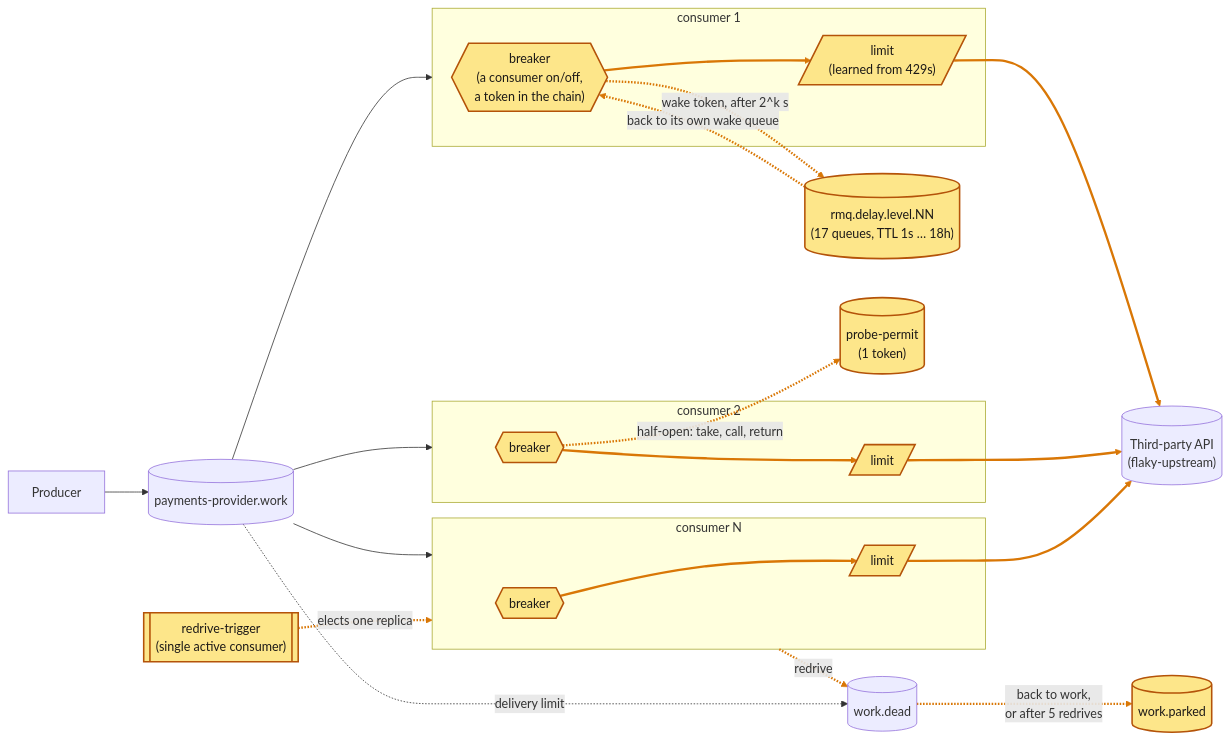
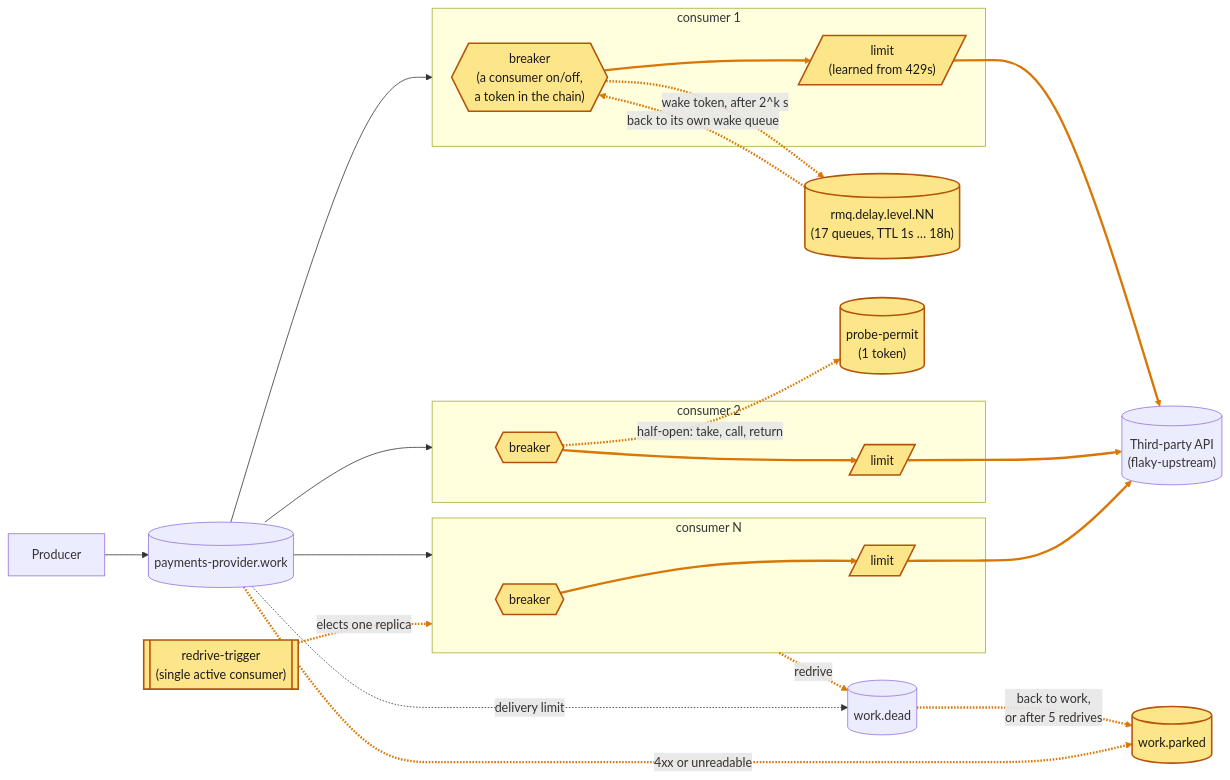
Before and after one commit to lsfera/circuit-breaker-unboxing: the diagram in README.md, drawn with Mermaid. The commit also changed other lines of this file and 6 other files, not shown here.

````diff
--- a/README.md
+++ b/README.md
@@ -22,39 +22,40 @@
 ```mermaid
 flowchart LR
   producer["Producer"] --> queue[("payments-provider.work")]
   subgraph c1["consumer 1"]
     b1{{"breaker\n(a consumer on/off,\na token in the chain)"}}
     l1[/"limit\n(learned from 429s)"/]
   end
   subgraph c2["consumer 2"]
     b2{{"breaker"}}
     l2[/"limit"/]
   end
   subgraph c3["consumer N"]
     b3{{"breaker"}}
     l3[/"limit"/]
   end
   queue --> c1
   queue --> c2
   queue --> c3
   b1 -. "wake token, after 2^k s" .-> chain[("rmq.delay.level.NN\n(17 queues, TTL 1s … 18h)")]
   chain -. "back to its own wake queue" .-> b1
   b1 --> l1
   l1 --> api[("Third-party API\n(flaky-upstream)")]
   b2 --> l2
   l2 --> api
   b3 --> l3
   l3 --> api
   permit[("probe-permit\n(1 token)")]
   dead[("work.dead")]
   parked[("work.parked")]
   rtrigger[["redrive-trigger\n(single active consumer)"]]
   b2 -. "half-open: take, call, return" .-> permit
   queue -. "delivery limit" .-> dead
   rtrigger -. "elects one replica" .-> c3
   c3 -. "redrive" .-> dead
   dead -. "back to work,\nor after 5 redrives" .-> parked
+  queue -. "4xx or unreadable" .-> parked
   classDef new fill:#fde68a,stroke:#b45309,stroke-width:2px,color:#1c1917
   class b1,b2,b3,chain,permit,parked,rtrigger,l1,l2,l3 new
-  linkStyle 4,5,6,7,8,9,10,11,12,14,15,16 stroke:#d97706,stroke-width:3px
+  linkStyle 4,5,6,7,8,9,10,11,12,14,15,16,17 stroke:#d97706,stroke-width:3px
 ```
````
